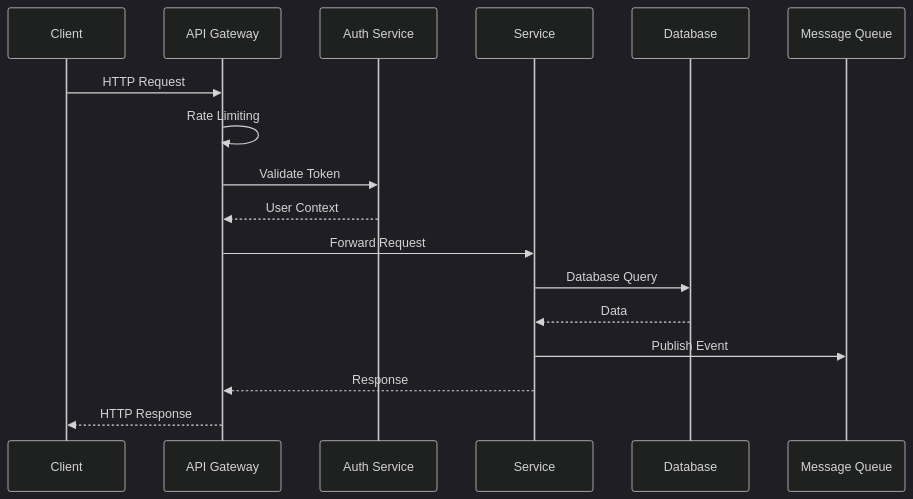
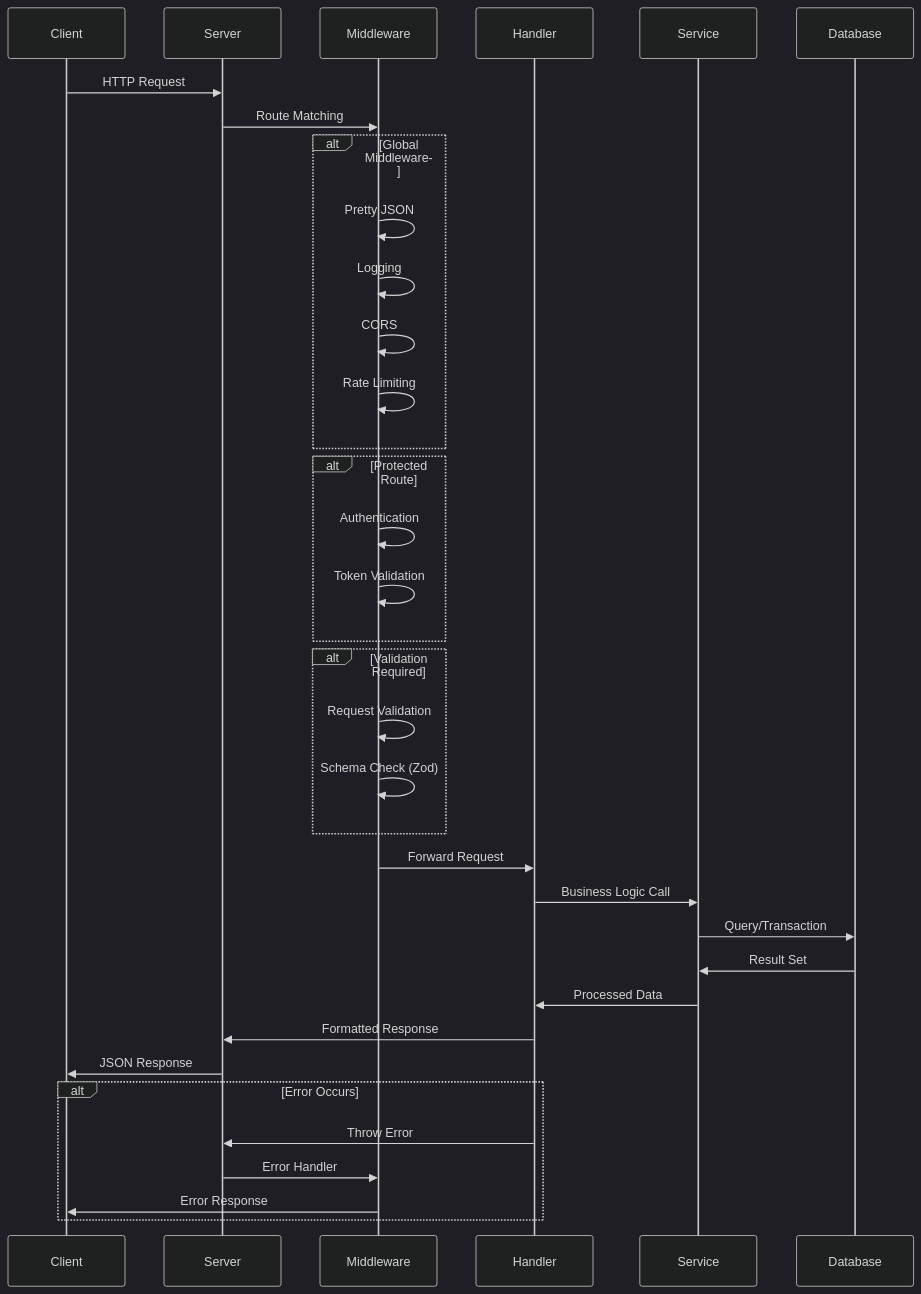
Before and after one commit to smyha/PTI-GymPalDoc: the third of 15 diagrams in docs/architecture/backend.md, drawn with Mermaid (dark theme). The commit also changed other lines of this file and 3 other files, not shown here.

First line of the commit message:
docs: update architecture documentation to reflect new backend structure

````diff
--- a/docs/architecture/backend.md
+++ b/docs/architecture/backend.md
@@ -583,20 +190,45 @@
 ```mermaid
 sequenceDiagram
-    participant C as Client
-    participant G as API Gateway
-    participant A as Auth Service
-    participant S as Service
-    participant D as Database
-    participant Q as Message Queue
+    participant Client
+    participant Server
+    participant Middleware
+    participant Handler
+    participant Service
+    participant Database
     
-    C->>G: HTTP Request
-    G->>G: Rate Limiting
-    G->>A: Validate Token
-    A-->>G: User Context
-    G->>S: Forward Request
-    S->>D: Database Query
-    D-->>S: Data
-    S->>Q: Publish Event
-    S-->>G: Response
-    G-->>C: HTTP Response
+    Client->>Server: HTTP Request
+    Server->>Middleware: Route Matching
+    
+    alt Global Middleware
+        Middleware->>Middleware: Pretty JSON
+        Middleware->>Middleware: Logging
+        Middleware->>Middleware: CORS
+        Middleware->>Middleware: Rate Limiting
+    end
+    
+    alt Protected Route
+        Middleware->>Middleware: Authentication
+        Middleware->>Middleware: Token Validation
+    end
+    
+    alt Validation Required
+        Middleware->>Middleware: Request Validation
+        Middleware->>Middleware: Schema Check (Zod)
+    end
+    
+    Middleware->>Handler: Forward Request
+    
+    Handler->>Service: Business Logic Call
+    Service->>Database: Query/Transaction
+    Database->>Service: Result Set
+    Service->>Handler: Processed Data
+    
+    Handler->>Server: Formatted Response
+    Server->>Client: JSON Response
+    
+    alt Error Occurs
+        Handler->>Server: Throw Error
+        Server->>Middleware: Error Handler
+        Middleware->>Client: Error Response
+    end
 ```
````
